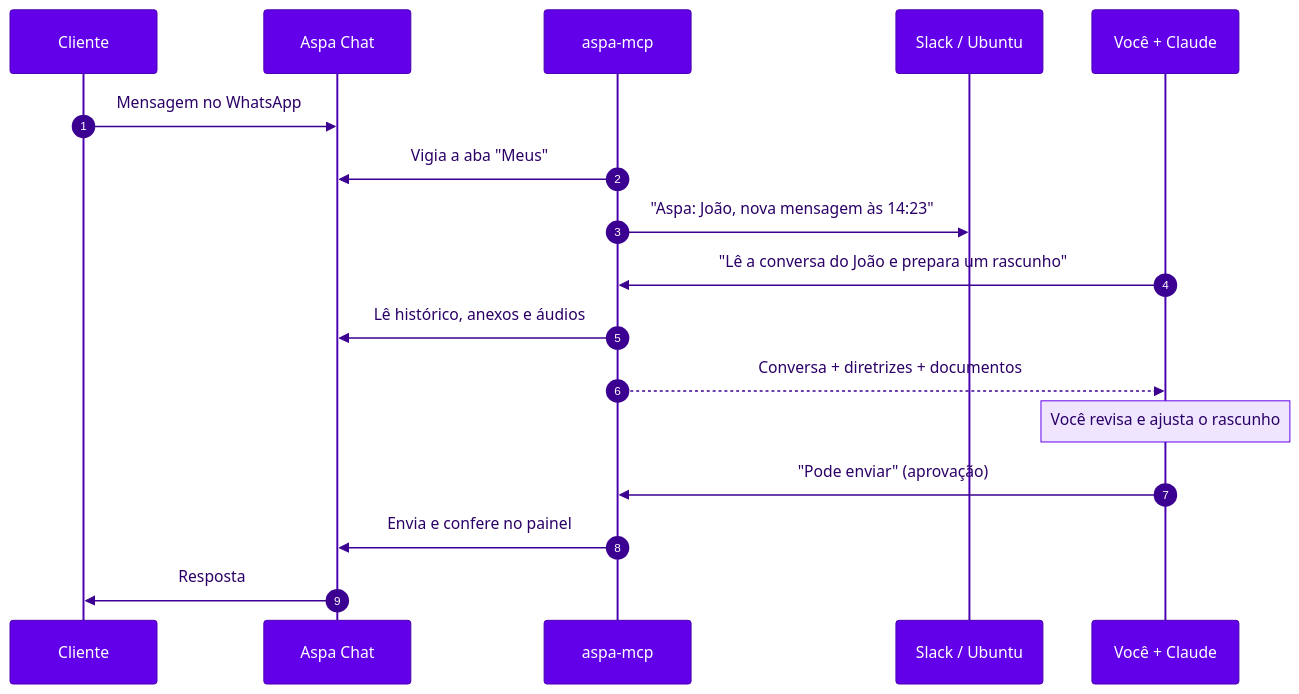
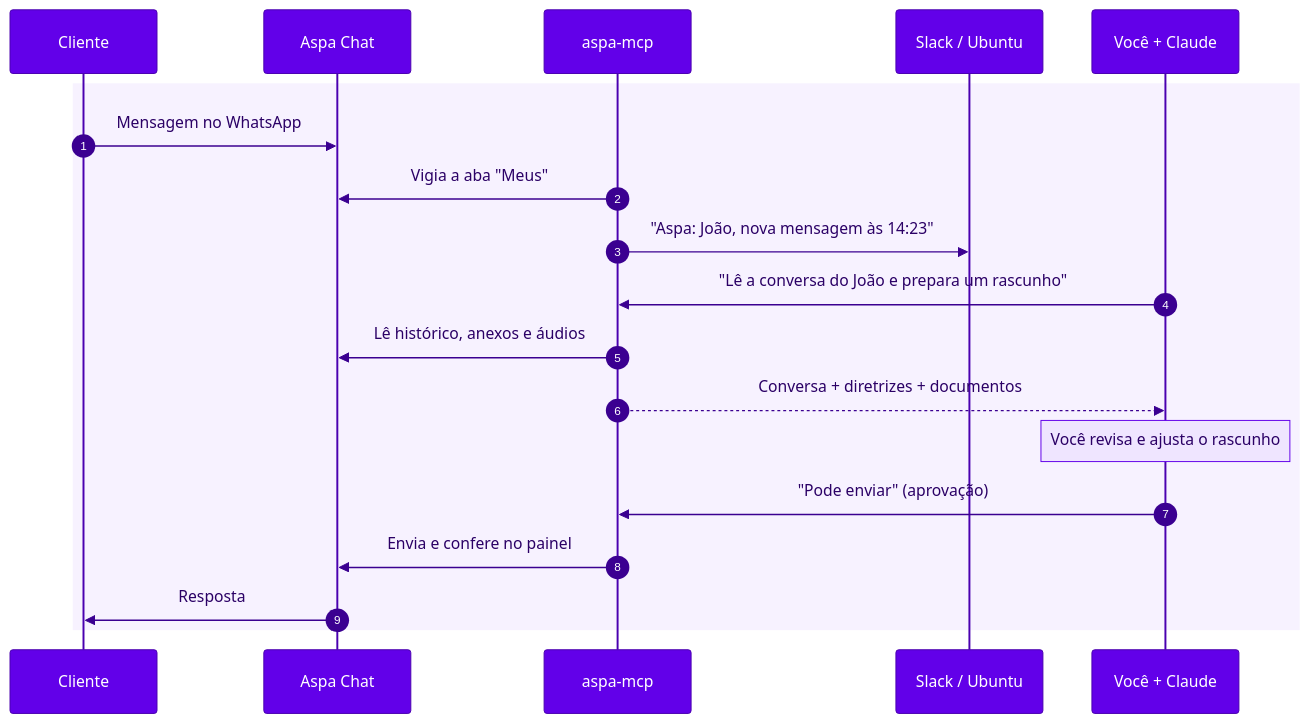
One commit to kbrianps/aspa-mcp changed the second of 2 diagrams in README.md. Above: the diagram before and after it, drawn with Mermaid. The commit also changed other lines of this file, not shown here.

Commit message:
docs: improve diagram contrast in dark mode

````diff
--- a/README.md
+++ b/README.md
@@ -78,20 +78,22 @@
 ```mermaid
 %%{init: {"theme": "base", "themeVariables": {"primaryColor": "#6200E9", "primaryTextColor": "#FFFFFF", "primaryBorderColor": "#4A00B0", "lineColor": "#6200E9", "actorBkg": "#6200E9", "actorTextColor": "#FFFFFF", "actorBorder": "#4A00B0", "signalColor": "#3B0091", "signalTextColor": "#2B0066", "noteBkgColor": "#EFE5FF", "noteTextColor": "#2B0066", "noteBorderColor": "#6200E9", "activationBkgColor": "#EFE5FF", "sequenceNumberColor": "#FFFFFF", "fontFamily": "Inter, Segoe UI, Helvetica, Arial, sans-serif"}}}%%
 sequenceDiagram
     autonumber
     participant C as Cliente
     participant A as Aspa Chat
     participant S as aspa-mcp
     participant N as Slack / Ubuntu
     participant V as Você + Claude
+    rect rgb(247, 242, 255)
     C->>A: Mensagem no WhatsApp
     S->>A: Vigia a aba "Meus"
     S->>N: "Aspa: João, nova mensagem às 14:23"
     V->>S: "Lê a conversa do João e prepara um rascunho"
     S->>A: Lê histórico, anexos e áudios
     S-->>V: Conversa + diretrizes + documentos
     Note over V: Você revisa e ajusta o rascunho
     V->>S: "Pode enviar" (aprovação)
     S->>A: Envia e confere no painel
     A->>C: Resposta
+    end
 ```
````
